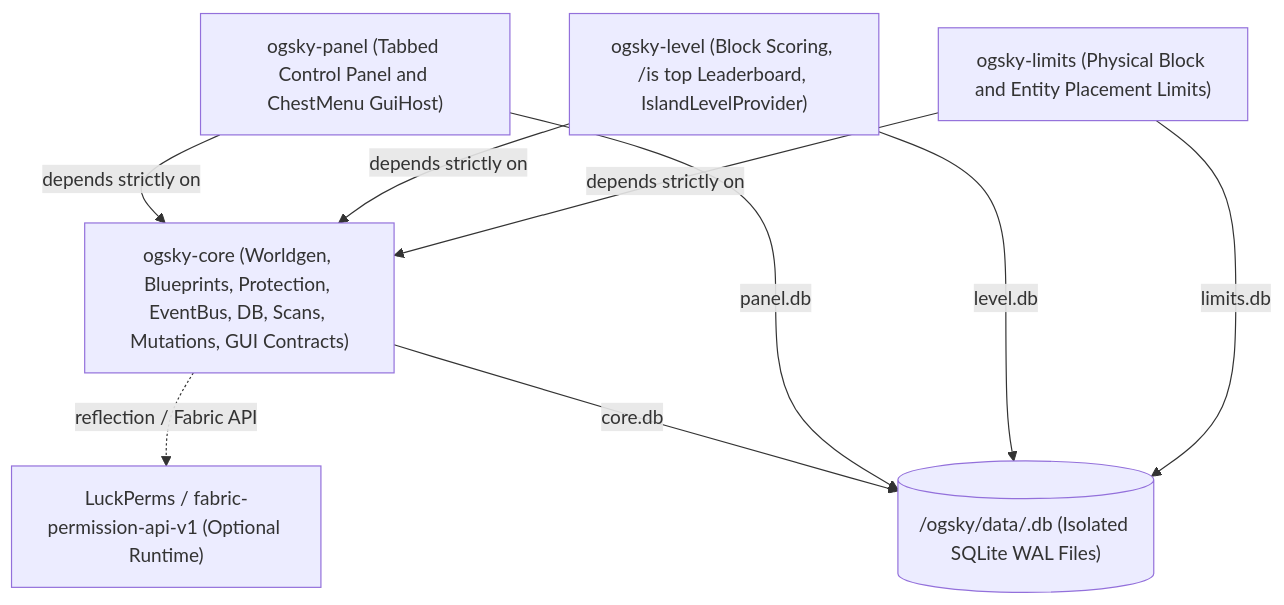
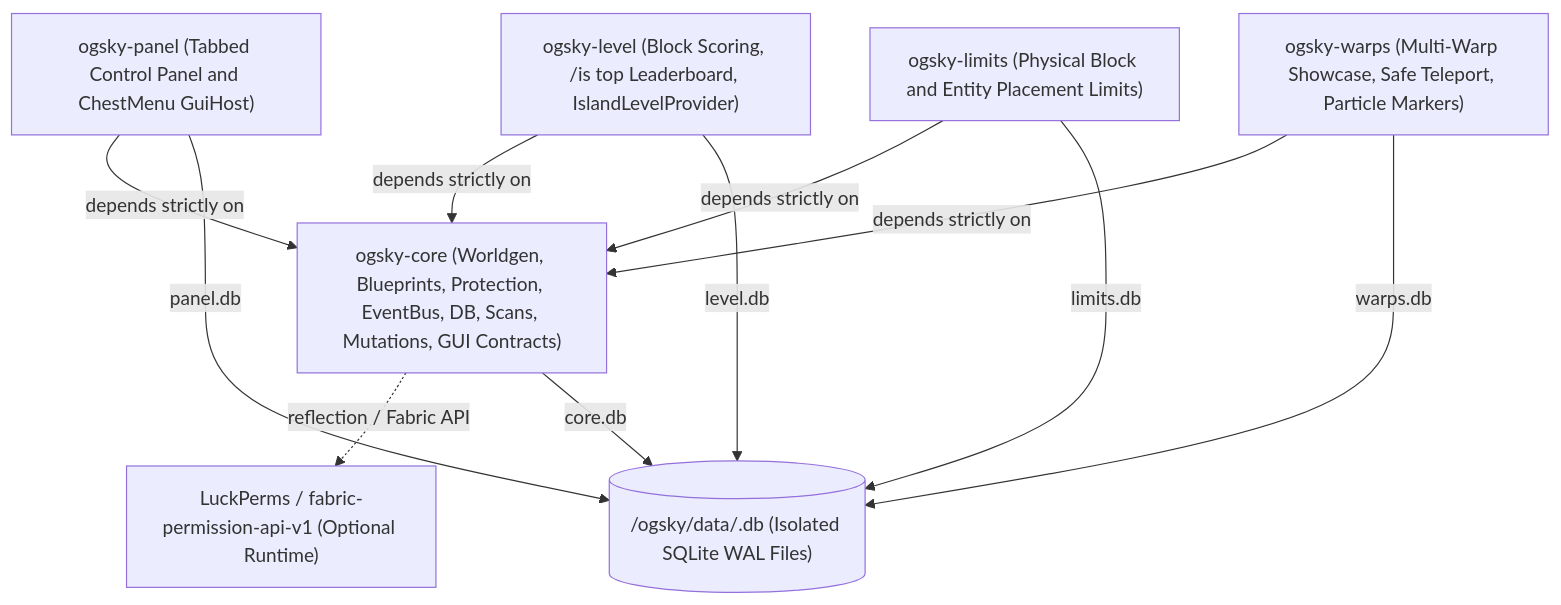
The first of 2 diagrams in docs/modules.md (ogsammaenr/Ogsky), drawn with Mermaid before and after one commit. The commit also changed other lines of this file and 6 other files, not shown here.

Commit message:
docs: document ogsky-warps, updated core teleport APIs, and roadmap

````diff
--- a/docs/modules.md
+++ b/docs/modules.md
@@ -42,18 +42,21 @@
 ```mermaid
 flowchart TD
     Core["ogsky-core (Worldgen, Blueprints, Protection, EventBus, DB, Scans, Mutations, GUI Contracts)"]
     Panel["ogsky-panel (Tabbed Control Panel and ChestMenu GuiHost)"]
     Level["ogsky-level (Block Scoring, /is top Leaderboard, IslandLevelProvider)"]
     Limits["ogsky-limits (Physical Block and Entity Placement Limits)"]
+    Warps["ogsky-warps (Multi-Warp Showcase, Safe Teleport, Particle Markers)"]
     LP["LuckPerms / fabric-permission-api-v1 (Optional Runtime)"]
     DB[("<world>/ogsky/data/<moduleId>.db (Isolated SQLite WAL Files)")]
 
     Panel -->|depends strictly on| Core
     Level -->|depends strictly on| Core
     Limits -->|depends strictly on| Core
+    Warps -->|depends strictly on| Core
     Core -.->|reflection / Fabric API| LP
     Core -->|core.db| DB
     Panel -->|panel.db| DB
     Level -->|level.db| DB
     Limits -->|limits.db| DB
+    Warps -->|warps.db| DB
 ```
````
